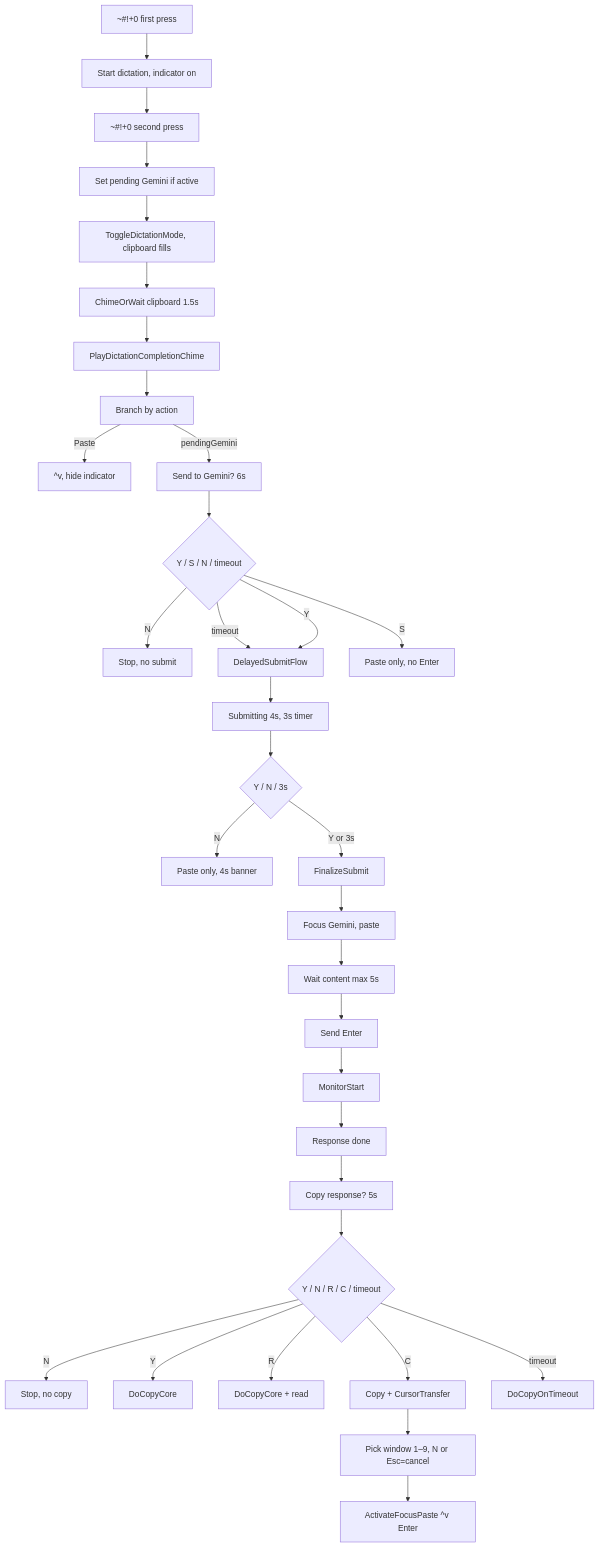
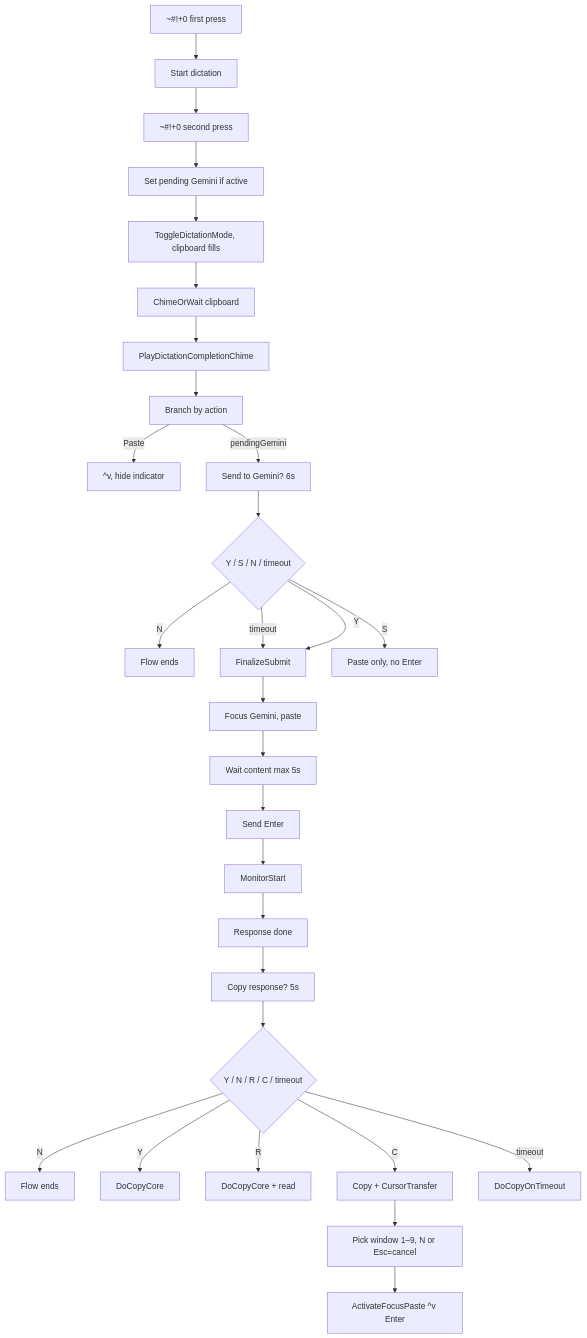
The first of 2 diagrams in docs/dictation-to-gemini-cursor-flow.md (duducm2/scripts), drawn with Mermaid before and after one commit. The commit also changed other lines of this file and 4 other files, not shown here.

First line of the commit message:
Enhance logging and streamline dictation flow

````diff
--- a/docs/dictation-to-gemini-cursor-flow.md
+++ b/docs/dictation-to-gemini-cursor-flow.md
@@ -7,36 +16,33 @@
 ```mermaid
 flowchart TB
     H0["~#!+0 first press"]
-    H0 --> StartDict["Start dictation, indicator on"]
+    H0 --> StartDict["Start dictation"]
     StartDict --> H0Stop["~#!+0 second press"]
     H0Stop --> SetPending["Set pending Gemini if active"]
     SetPending --> ToggleMode["ToggleDictationMode, clipboard fills"]
-    ToggleMode --> WaitClip["ChimeOrWait clipboard 1.5s"]
+    ToggleMode --> WaitClip["ChimeOrWait clipboard"]
     WaitClip --> PlayChime["PlayDictationCompletionChime"]
     PlayChime --> Branch["Branch by action"]
     Branch --> |"Paste"| PasteOnly["^v, hide indicator"]
     Branch --> |"pendingGemini"| ShowAndWait["Send to Gemini? 6s"]
     ShowAndWait --> User6s{"Y / S / N / timeout"}
-    User6s --> |"N"| Stop6s["Stop, no submit"]
-    User6s --> |"timeout"| DelayedFlow
-    User6s --> |"Y"| DelayedFlow["DelayedSubmitFlow"]
+    User6s --> |"N"| Stop6s["Flow ends"]
+    User6s --> |"timeout"| Finalize["FinalizeSubmit"]
+    User6s --> |"Y"| Finalize
     User6s --> |"S"| PasteOnly6s["Paste only, no Enter"]
-    DelayedFlow --> Banner4s["Submitting 4s, 3s timer"]
-    Banner4s --> User4s{"Y / N / 3s"}
-    User4s --> |"N"| Stop4s["Paste only, 4s banner"]
-    User4s --> |"Y or 3s"| Finalize["FinalizeSubmit"]
     Finalize --> PasteGemini["Focus Gemini, paste"]
     PasteGemini --> WaitContent["Wait content max 5s"]
     WaitContent --> SendEnter["Send Enter"]
     SendEnter --> StartMonitor["MonitorStart"]
     StartMonitor --> ResponseDone["Response done"]
     ResponseDone --> BannerCopy["Copy response? 5s"]
     BannerCopy --> UserCopy{"Y / N / R / C / timeout"}
-    UserCopy --> |"N"| StopCopy["Stop, no copy"]
+    UserCopy --> |"N"| StopCopy["Flow ends"]
     UserCopy --> |"Y"| DoCopyOnly["DoCopyCore"]
     UserCopy --> |"R"| DoCopyRead["DoCopyCore + read"]
     UserCopy --> |"C"| DoTransfer["Copy + CursorTransfer"]
     UserCopy --> |"timeout"| DoCopyTimeout["DoCopyOnTimeout"]
+
     DoTransfer --> SelectWin["Pick window 1–9, N or Esc=cancel"]
     SelectWin --> ActivatePaste["ActivateFocusPaste ^v Enter"]
 ```
````
